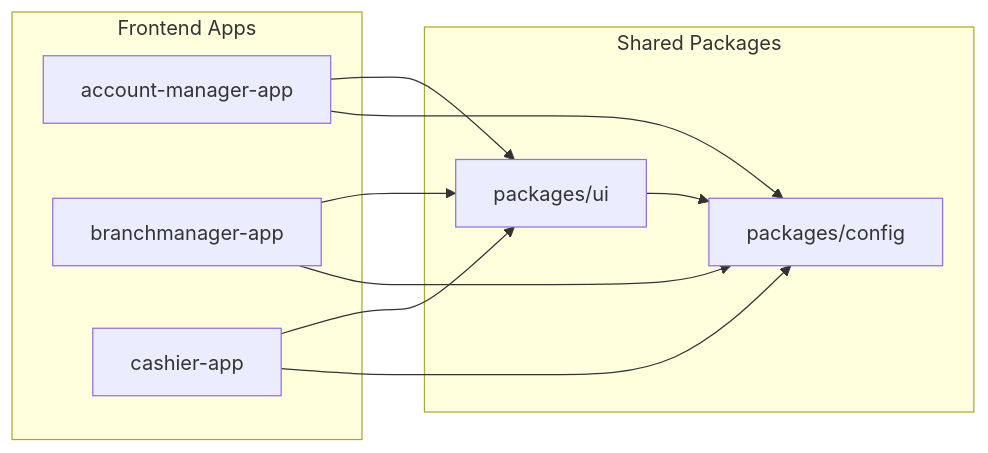
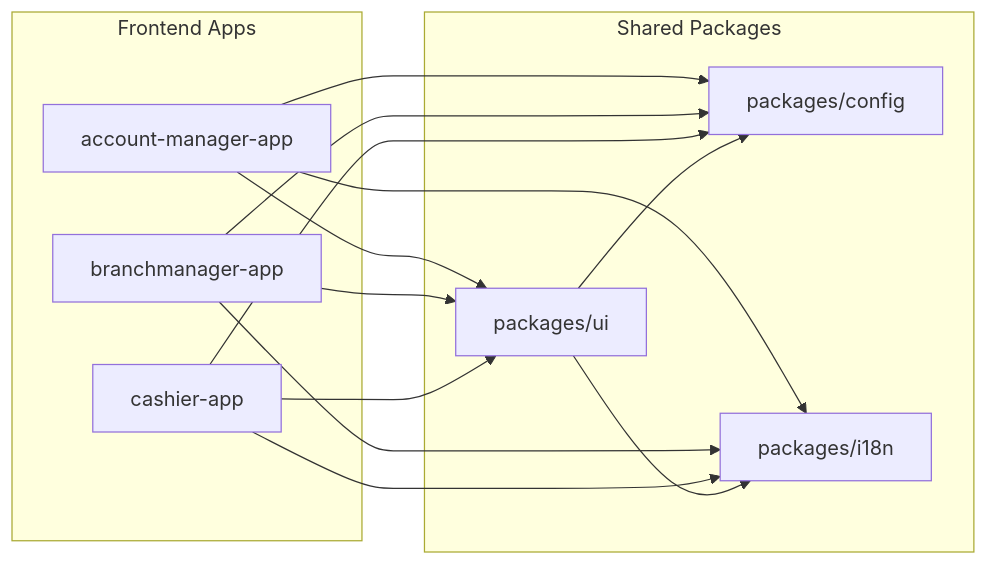
Before and after one commit to ADORSYS-GIS/fineract-apps: the first of 3 diagrams in docs/architecture-guide.md, drawn with Mermaid. The commit also changed other lines of this file and 25 other files, not shown here.

````diff
--- a/docs/architecture-guide.md
+++ b/docs/architecture-guide.md
@@ -9,22 +9,28 @@
 ```mermaid
 graph LR;
     subgraph Frontend Apps
         A[account-manager-app]
         B[branchmanager-app]
         C[cashier-app]
     end
 
     subgraph Shared Packages
         UI[packages/ui]
         Config[packages/config]
+        I18n[packages/i18n]
     end
 
     A --> UI;
     B --> UI;
     C --> UI;
 
     A --> Config;
     B --> Config;
     C --> Config;
     UI --> Config;
+
+    A --> I18n;
+    B --> I18n;
+    C --> I18n;
+    UI --> I18n;
 ```
````
